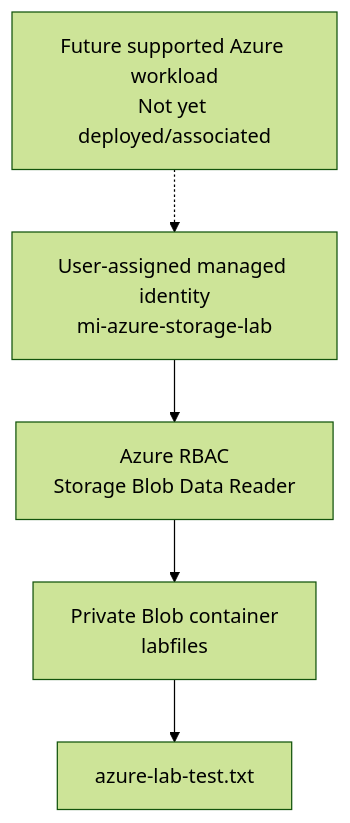
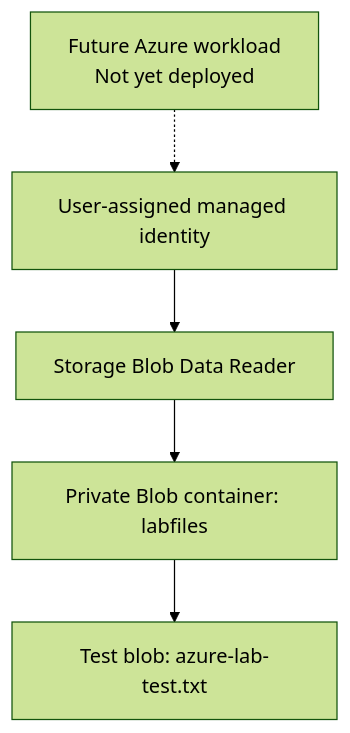
One commit to Jacuan1019/AzureLabs changed the diagram in azure-managed-identity-rbac-lab/README.md. Above: the diagram before and after it, drawn with Mermaid (forest theme). The commit also changed other lines of this file, not shown here.

````diff
--- a/azure-managed-identity-rbac-lab/README.md
+++ b/azure-managed-identity-rbac-lab/README.md
@@ -30,7 +30,7 @@
 ```mermaid
 flowchart TD
-    W[Future supported Azure workload\nNot yet deployed/associated] -.-> MI[User-assigned managed identity\nmi-azure-storage-lab]
-    MI --> R[Azure RBAC\nStorage Blob Data Reader]
-    R --> C[Private Blob container\nlabfiles]
-    C --> B[azure-lab-test.txt]
+    W["Future Azure workload<br/>Not yet deployed"] -.-> MI["User-assigned managed identity"]
+    MI --> RBAC["Storage Blob Data Reader"]
+    RBAC --> C["Private Blob container: labfiles"]
+    C --> B["Test blob: azure-lab-test.txt"]
 ```
````
